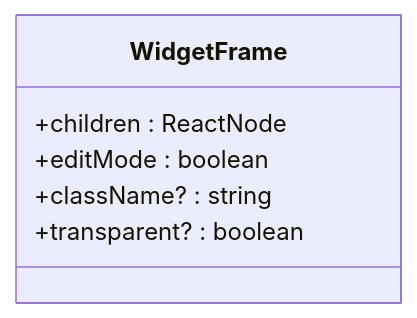
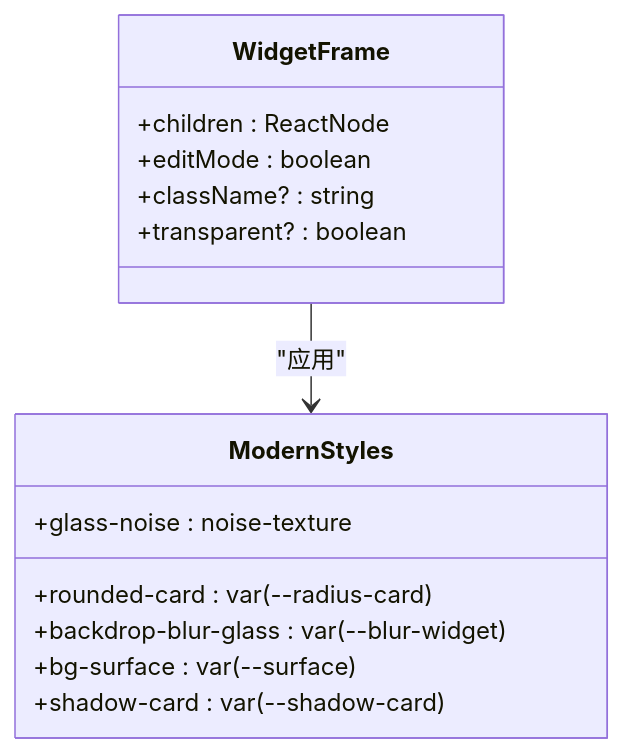
One commit to Zy0913/xtab changed the fifth of 10 diagrams in .qoder/repowiki/zh/content/布局系统.md. Above: the diagram before and after it, drawn with Mermaid. The commit also changed other lines of this file and 15 other files, not shown here.

````diff
--- a/.qoder/repowiki/zh/content/布局系统.md
+++ b/.qoder/repowiki/zh/content/布局系统.md
@@ -291,9 +315,17 @@
 ```mermaid
 classDiagram
 class WidgetFrame {
 +children : ReactNode
 +editMode : boolean
 +className? : string
 +transparent? : boolean
 }
+class ModernStyles {
++rounded-card : var(--radius-card)
++backdrop-blur-glass : var(--blur-widget)
++glass-noise : noise-texture
++bg-surface : var(--surface)
++shadow-card : var(--shadow-card)
+}
+WidgetFrame --> ModernStyles : "应用"
 ```
````
